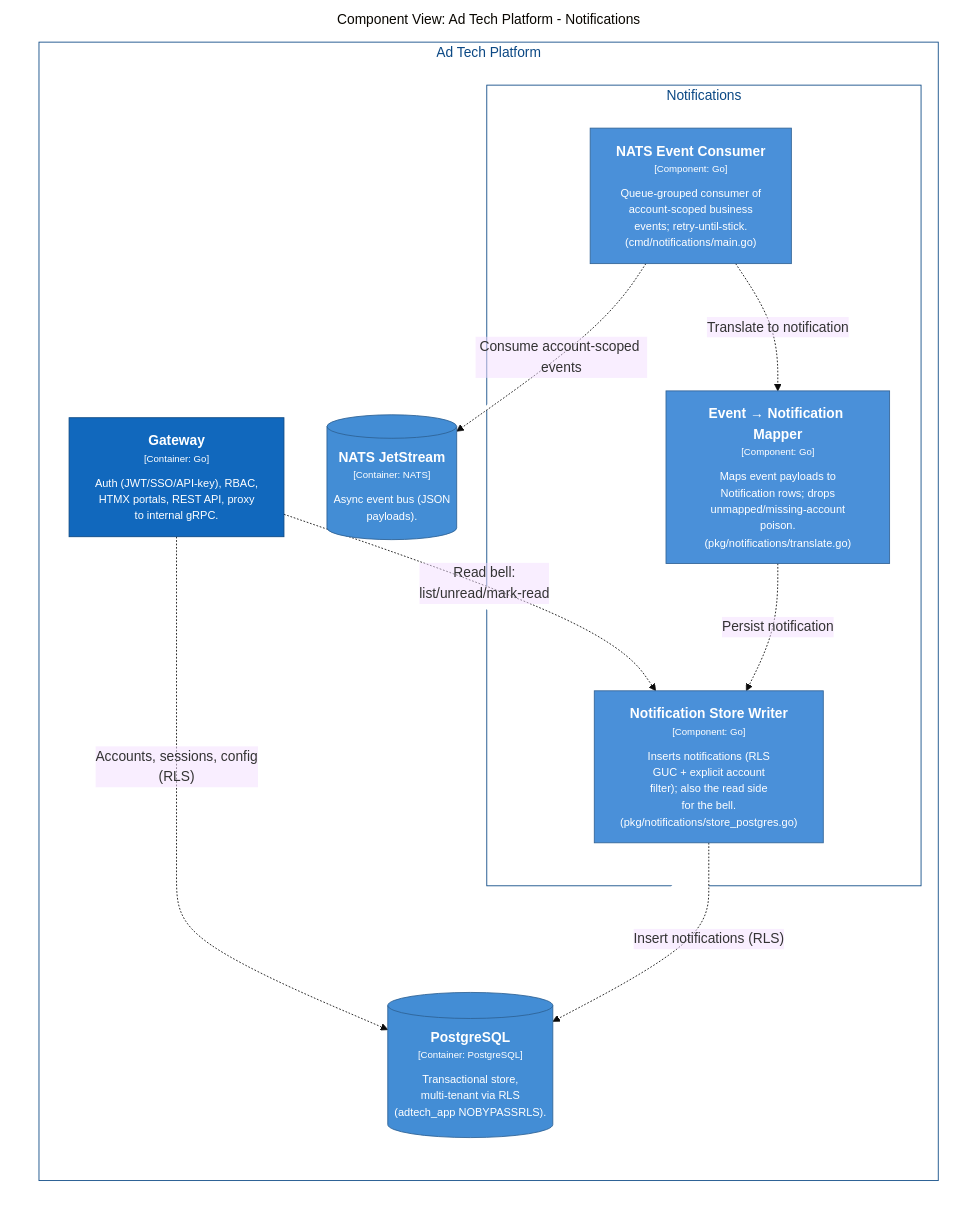
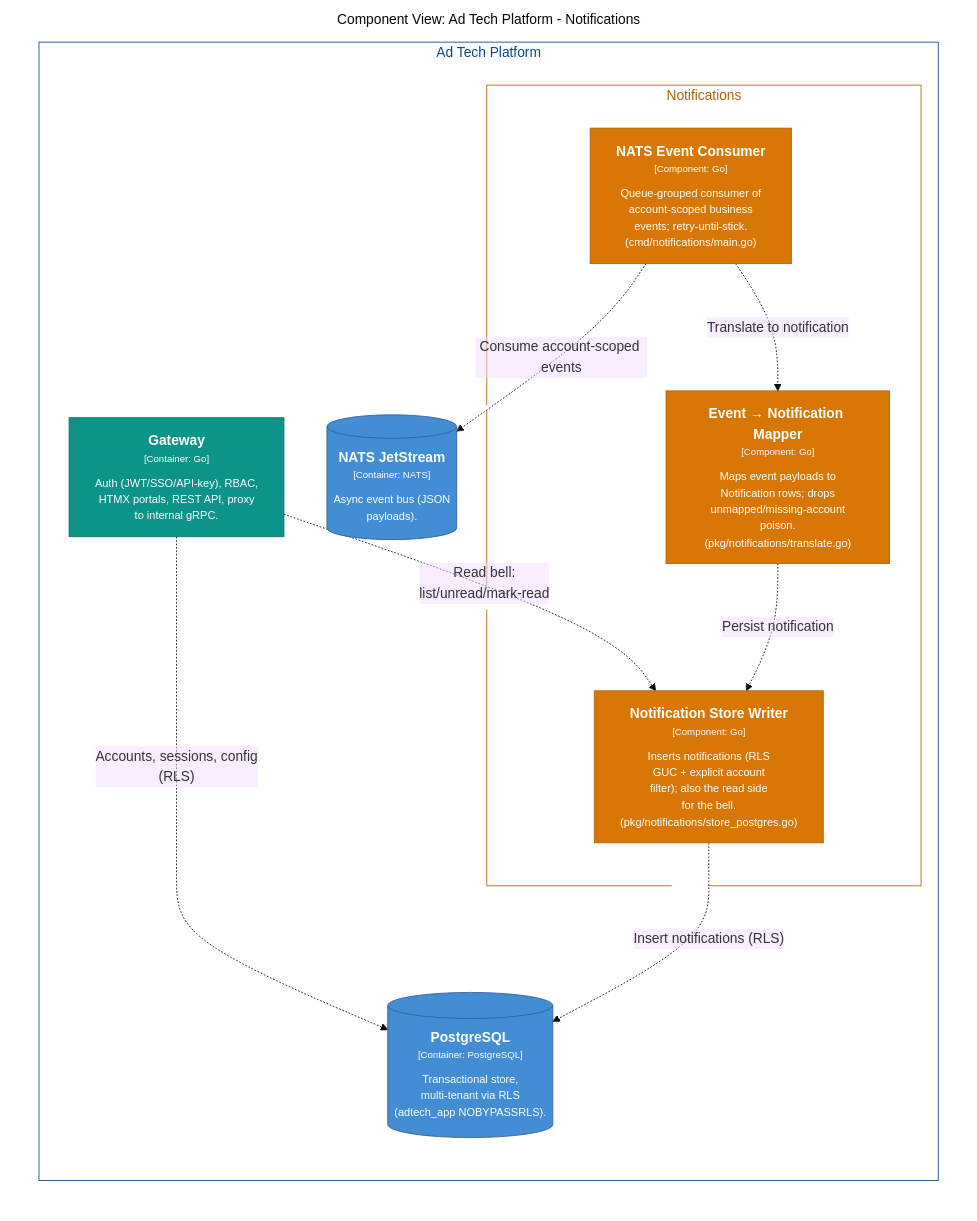
The diagram in web/static/diagrams/structurizr-Notifications-Components.md (MichaelJohnWatters/ad-tech-mono), drawn with Mermaid (base theme) before and after one commit. The commit also changed 19 other files, not shown here.

````diff
--- a/web/static/diagrams/structurizr-Notifications-Components.md
+++ b/web/static/diagrams/structurizr-Notifications-Components.md
@@ -1,38 +1,38 @@
 ```mermaid
 graph LR
   linkStyle default fill:#ffffff
 
   subgraph diagram ["Component View: Ad Tech Platform - Notifications"]
     style diagram fill:#ffffff,stroke:#ffffff
 
     subgraph 9 ["Ad Tech Platform"]
       style 9 fill:#ffffff,stroke:#0b4884,color:#0b4884
 
       subgraph 133 ["Notifications"]
-        style 133 fill:#ffffff,stroke:#0b4884,color:#0b4884
+        style 133 fill:#ffffff,stroke:#b36205,color:#b36205
 
         134["<div style='font-weight: bold'>NATS Event Consumer</div><div style='font-size: 70%; margin-top: 0px'>[Component: Go]</div><div style='font-size: 80%; margin-top:10px'>Queue-grouped consumer of<br />account-scoped business<br />events; retry-until-stick.<br />(cmd/notifications/main.go)</div>"]
-        style 134 fill:#4a90d9,stroke:#336497,color:#ffffff
+        style 134 fill:#d97706,stroke:#b36205,color:#ffffff
         135["<div style='font-weight: bold'>Event → Notification Mapper</div><div style='font-size: 70%; margin-top: 0px'>[Component: Go]</div><div style='font-size: 80%; margin-top:10px'>Maps event payloads to<br />Notification rows; drops<br />unmapped/missing-account<br />poison.<br />(pkg/notifications/translate.go)</div>"]
-        style 135 fill:#4a90d9,stroke:#336497,color:#ffffff
+        style 135 fill:#d97706,stroke:#b36205,color:#ffffff
         136["<div style='font-weight: bold'>Notification Store Writer</div><div style='font-size: 70%; margin-top: 0px'>[Component: Go]</div><div style='font-size: 80%; margin-top:10px'>Inserts notifications (RLS<br />GUC + explicit account<br />filter); also the read side<br />for the bell.<br />(pkg/notifications/store_postgres.go)</div>"]
-        style 136 fill:#4a90d9,stroke:#336497,color:#ffffff
+        style 136 fill:#d97706,stroke:#b36205,color:#ffffff
       end
 
       10["<div style='font-weight: bold'>Gateway</div><div style='font-size: 70%; margin-top: 0px'>[Container: Go]</div><div style='font-size: 80%; margin-top:10px'>Auth (JWT/SSO/API-key), RBAC,<br />HTMX portals, REST API, proxy<br />to internal gRPC.</div>"]
-      style 10 fill:#1168bd,stroke:#0b4884,color:#ffffff
+      style 10 fill:#0d9488,stroke:#0b7268,color:#ffffff
       145[("<div style='font-weight: bold'>PostgreSQL</div><div style='font-size: 70%; margin-top: 0px'>[Container: PostgreSQL]</div><div style='font-size: 80%; margin-top:10px'>Transactional store,<br />multi-tenant via RLS<br />(adtech_app NOBYPASSRLS).</div>")]
       style 145 fill:#438dd5,stroke:#2e6295,color:#ffffff
       148[("<div style='font-weight: bold'>NATS JetStream</div><div style='font-size: 70%; margin-top: 0px'>[Container: NATS]</div><div style='font-size: 80%; margin-top:10px'>Async event bus (JSON<br />payloads).</div>")]
       style 148 fill:#438dd5,stroke:#2e6295,color:#ffffff
     end
 
     10-. "<div>Accounts, sessions, config<br />(RLS)</div><div style='font-size: 70%'></div>" .->145
     134-. "<div>Consume account-scoped events</div><div style='font-size: 70%'></div>" .->148
     134-. "<div>Translate to notification</div><div style='font-size: 70%'></div>" .->135
     135-. "<div>Persist notification</div><div style='font-size: 70%'></div>" .->136
     136-. "<div>Insert notifications (RLS)</div><div style='font-size: 70%'></div>" .->145
     10-. "<div>Read bell:<br />list/unread/mark-read</div><div style='font-size: 70%'></div>" .->136
 
   end
 ```
````
